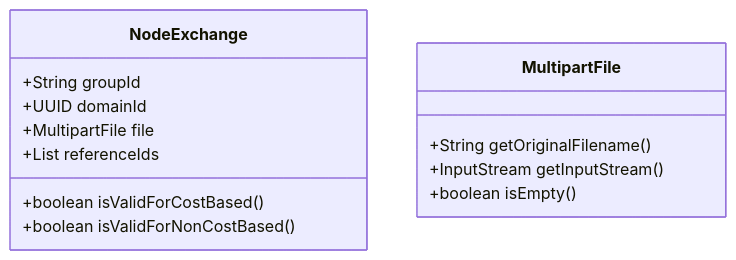
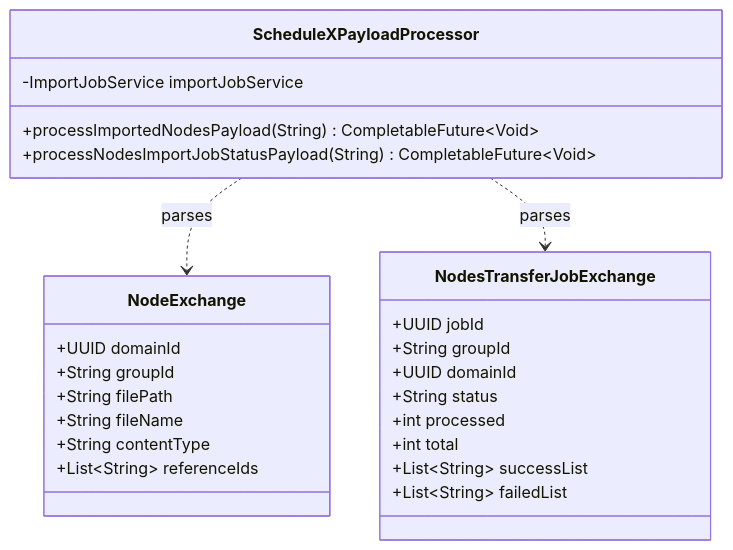
One commit to kagit00/schedule_x changed the seventh of 32 diagrams in docs/Low Level Designs/NodesImport.md. Above: the diagram before and after it, drawn with Mermaid. The commit also changed other lines of this file and 1 other file, not shown here.

````diff
--- a/docs/Low Level Designs/NodesImport.md
+++ b/docs/Low Level Designs/NodesImport.md
@@ -150,17 +300,31 @@
-  ```mermaid
-  classDiagram
-      class NodeExchange {
-          +String groupId
-          +UUID domainId
-          +MultipartFile file
-          +List<String> referenceIds
-          +boolean isValidForCostBased()
-          +boolean isValidForNonCostBased()
-      }
-      
-      class MultipartFile {
-          +String getOriginalFilename()
-          +InputStream getInputStream()
-          +boolean isEmpty()
-      }
-  ```
+```mermaid
+classDiagram
+    class ScheduleXPayloadProcessor {
+        -ImportJobService importJobService
+        +processImportedNodesPayload(String) CompletableFuture~Void~
+        +processNodesImportJobStatusPayload(String) CompletableFuture~Void~
+    }
+    
+    class NodeExchange {
+        +UUID domainId
+        +String groupId
+        +String filePath
+        +String fileName
+        +String contentType
+        +List~String~ referenceIds
+    }
+    
+    class NodesTransferJobExchange {
+        +UUID jobId
+        +String groupId
+        +UUID domainId
+        +String status
+        +int processed
+        +int total
+        +List~String~ successList
+        +List~String~ failedList
+    }
+    
+    ScheduleXPayloadProcessor ..> NodeExchange : parses
+    ScheduleXPayloadProcessor ..> NodesTransferJobExchange : parses
+```
````
